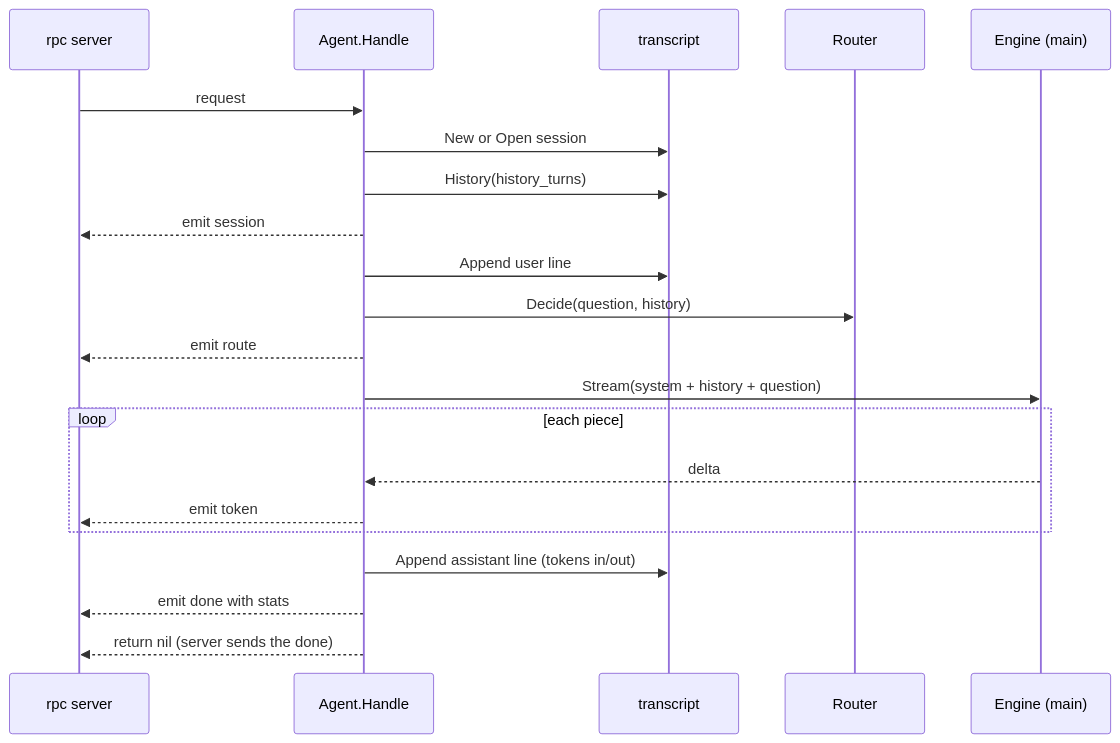
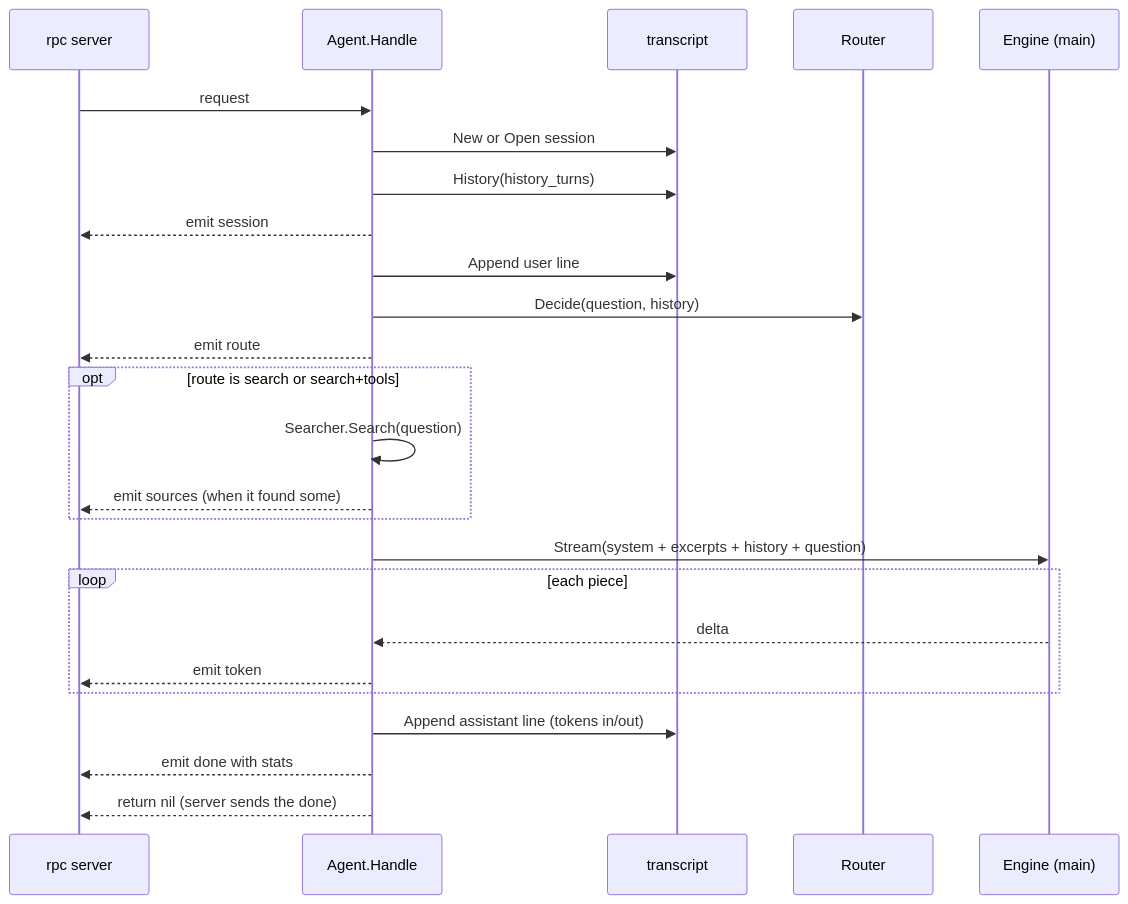
The diagram in docs/coding-notes/agent.md (aarora79/meru), drawn with Mermaid before and after one commit. The commit also changed other lines of this file and 36 other files, not shown here.

````diff
--- a/docs/coding-notes/agent.md
+++ b/docs/coding-notes/agent.md
@@ -19,23 +25,27 @@
 ```mermaid
 sequenceDiagram
     participant S as rpc server
     participant A as Agent.Handle
     participant T as transcript
     participant R as Router
     participant E as Engine (main)
     S->>A: request
     A->>T: New or Open session
     A->>T: History(history_turns)
     A-->>S: emit session
     A->>T: Append user line
     A->>R: Decide(question, history)
     A-->>S: emit route
-    A->>E: Stream(system + history + question)
+    opt route is search or search+tools
+        A->>A: Searcher.Search(question)
+        A-->>S: emit sources (when it found some)
+    end
+    A->>E: Stream(system + excerpts + history + question)
     loop each piece
         E-->>A: delta
         A-->>S: emit token
     end
     A->>T: Append assistant line (tokens in/out)
     A-->>S: emit done with stats
     A-->>S: return nil (server sends the done)
 ```
````
